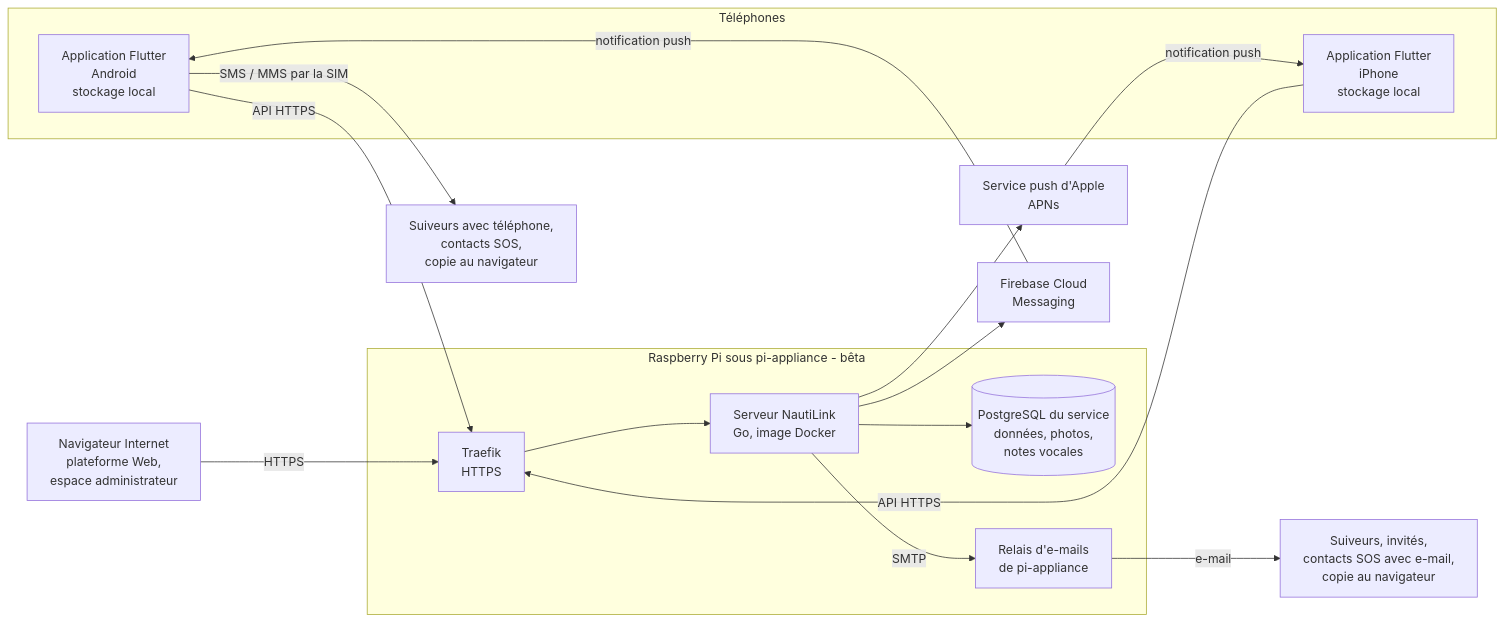
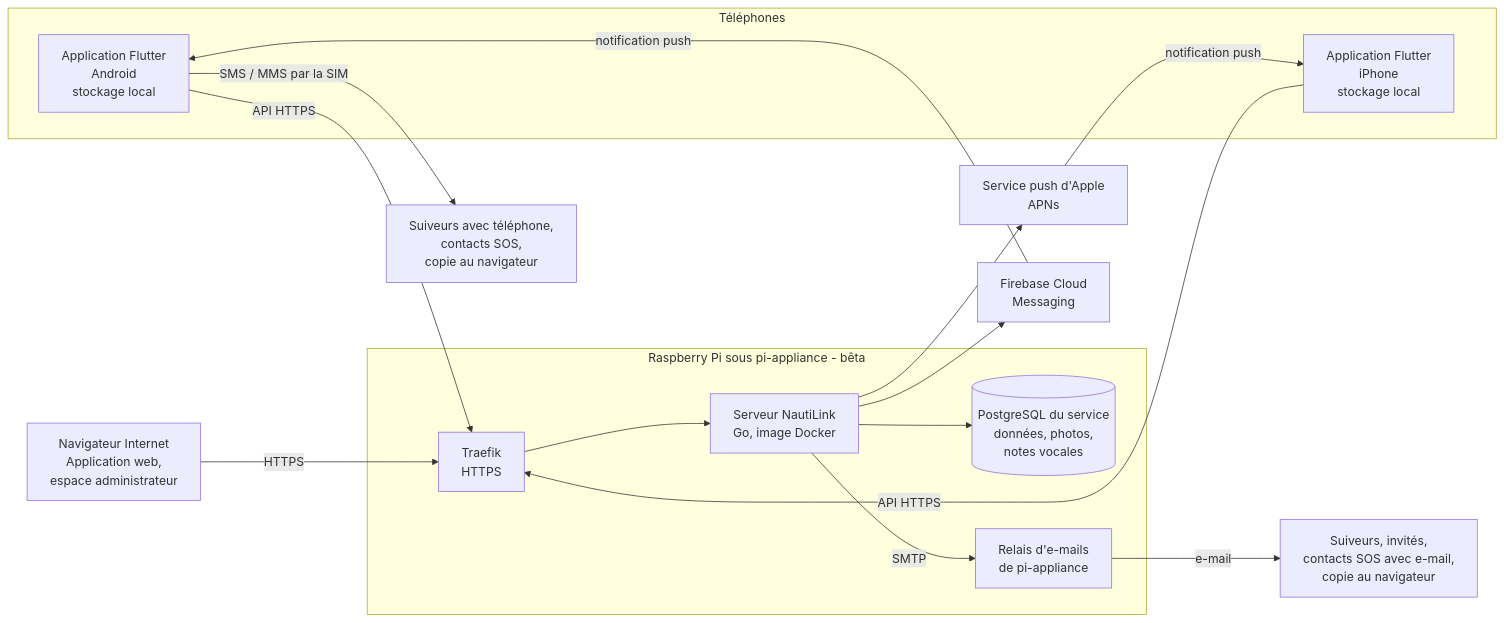
One commit to gmoulard/NautiLink changed the diagram in docs/08-architecture.md. Above: the diagram before and after it, drawn with Mermaid. The commit also changed other lines of this file and 14 other files, not shown here.

````diff
--- a/docs/08-architecture.md
+++ b/docs/08-architecture.md
@@ -15,26 +15,26 @@
 ```mermaid
 flowchart LR
   subgraph TEL[Téléphones]
     A[Application Flutter<br/>Android<br/>stockage local]
     I[Application Flutter<br/>iPhone<br/>stockage local]
   end
-  W[Navigateur Internet<br/>plateforme Web,<br/>espace administrateur]
+  W[Navigateur Internet<br/>Application web,<br/>espace administrateur]
   subgraph PI[Raspberry Pi sous pi-appliance - bêta]
     T[Traefik<br/>HTTPS]
     S[Serveur NautiLink<br/>Go, image Docker]
     P[(PostgreSQL du service<br/>données, photos,<br/>notes vocales)]
     R[Relais d'e-mails<br/>de pi-appliance]
   end
   A -- API HTTPS --> T
   I -- API HTTPS --> T
   W -- HTTPS --> T
   T --> S
   S --> P
   S -- SMTP --> R
   R -- e-mail --> E[Suiveurs, invités,<br/>contacts SOS avec e-mail,<br/>copie au navigateur]
   S --> APN[Service push d'Apple<br/>APNs]
   APN -- notification push --> I
   S --> FCM[Firebase Cloud<br/>Messaging]
   FCM -- notification push --> A
   A -- SMS / MMS par la SIM --> D[Suiveurs avec téléphone,<br/>contacts SOS,<br/>copie au navigateur]
 ```
````
